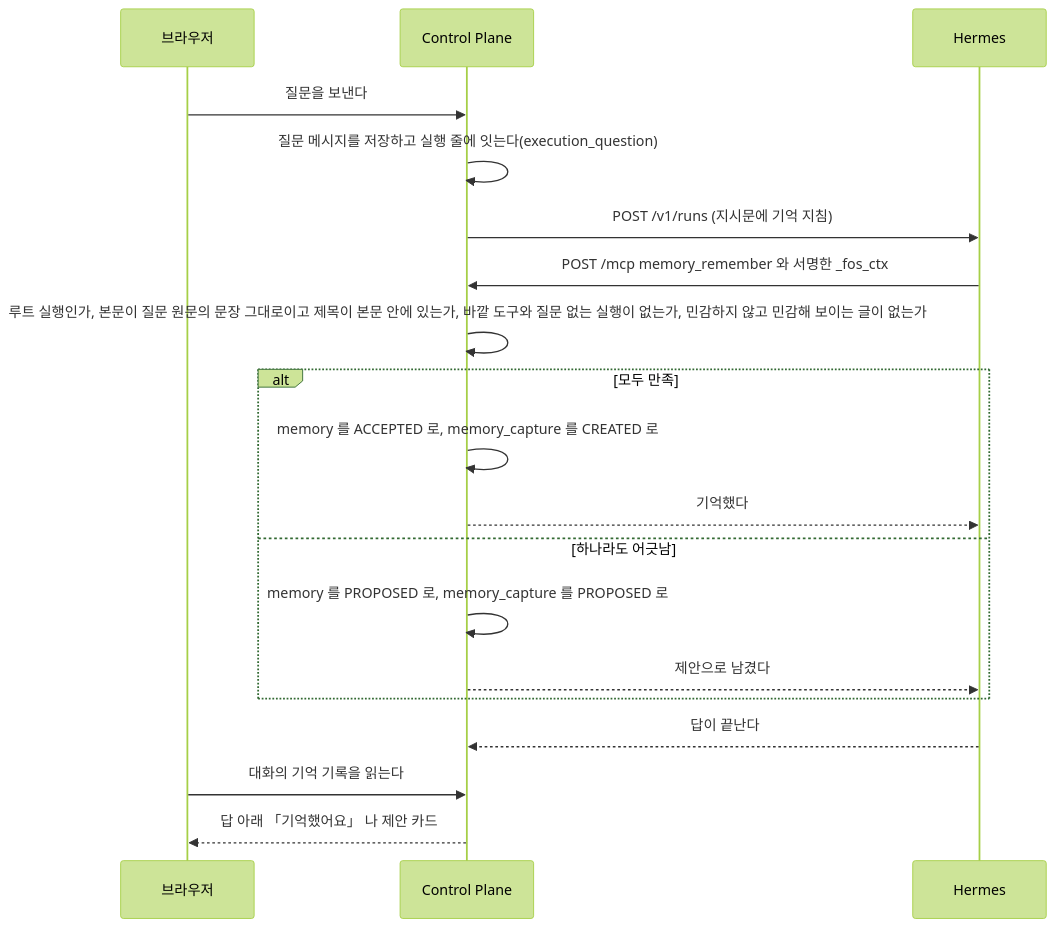
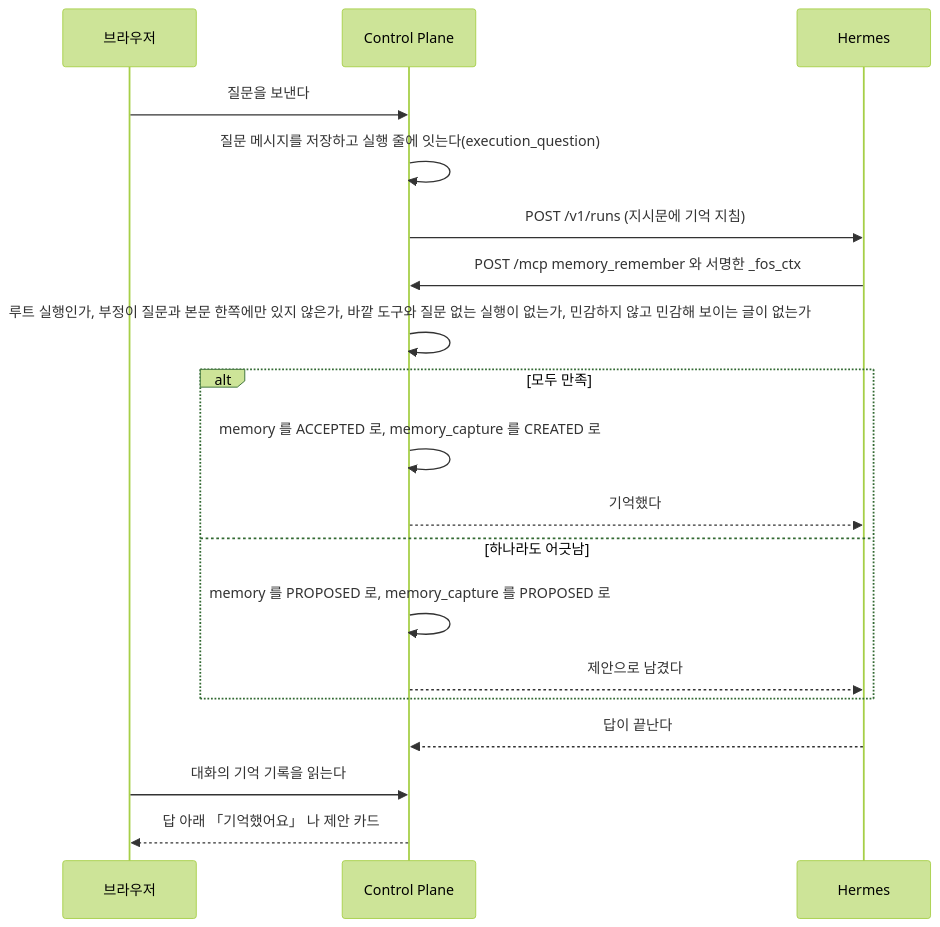
The seventh of 8 diagrams in docs/flow.md (jon890/fos-assistant), drawn with Mermaid (forest theme) before and after one commit. The commit also changed 9 other files, not shown here.

````diff
--- a/docs/flow.md
+++ b/docs/flow.md
@@ -357,22 +357,22 @@
 ```mermaid
 sequenceDiagram
     participant B as 브라우저
     participant C as Control Plane
     participant H as Hermes
 
     B->>C: 질문을 보낸다
     C->>C: 질문 메시지를 저장하고 실행 줄에 잇는다(execution_question)
     C->>H: POST /v1/runs (지시문에 기억 지침)
     H->>C: POST /mcp memory_remember 와 서명한 _fos_ctx
-    C->>C: 루트 실행인가, 본문이 질문 원문의 문장 그대로이고 제목이 본문 안에 있는가, 바깥 도구와 질문 없는 실행이 없는가, 민감하지 않고 민감해 보이는 글이 없는가
+    C->>C: 루트 실행인가, 부정이 질문과 본문 한쪽에만 있지 않은가, 바깥 도구와 질문 없는 실행이 없는가, 민감하지 않고 민감해 보이는 글이 없는가
     alt 모두 만족
         C->>C: memory 를 ACCEPTED 로, memory_capture 를 CREATED 로
         C-->>H: 기억했다
     else 하나라도 어긋남
         C->>C: memory 를 PROPOSED 로, memory_capture 를 PROPOSED 로
         C-->>H: 제안으로 남겼다
     end
     H-->>C: 답이 끝난다
     B->>C: 대화의 기억 기록을 읽는다
     C-->>B: 답 아래 「기억했어요」 나 제안 카드
 ```
````
